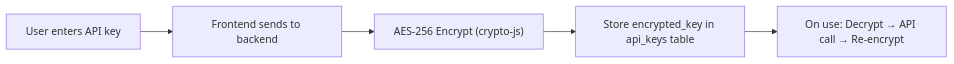
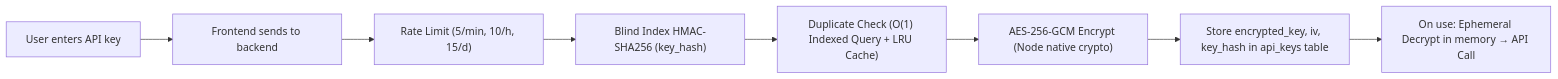
Before and after one commit to sree-ai-assistant/sree.ai: the fourth of 5 diagrams in project-context/10-security-and-rate-limiting.md, drawn with Mermaid. The commit also changed other lines of this file and 7 other files, not shown here.

First line of the commit message:
docs(audit): sync security, byok blind index, rate limits, seo sitemaps, and legal policies

````diff
--- a/project-context/10-security-and-rate-limiting.md
+++ b/project-context/10-security-and-rate-limiting.md
@@ -204,7 +204,10 @@
 ```mermaid
 graph LR
     A["User enters API key"] --> B["Frontend sends to backend"]
-    B --> C["AES-256 Encrypt (crypto-js)"]
-    C --> D["Store encrypted_key in api_keys table"]
-    D --> E["On use: Decrypt → API call → Re-encrypt"]
+    B --> C["Rate Limit (5/min, 10/h, 15/d)"]
+    C --> D["Blind Index HMAC-SHA256 (key_hash)"]
+    D --> E["Duplicate Check (O(1) Indexed Query + LRU Cache)"]
+    E --> F["AES-256-GCM Encrypt (Node native crypto)"]
+    F --> G["Store encrypted_key, iv, key_hash in api_keys table"]
+    G --> H["On use: Ephemeral Decrypt in memory → API Call"]
 ```
````
